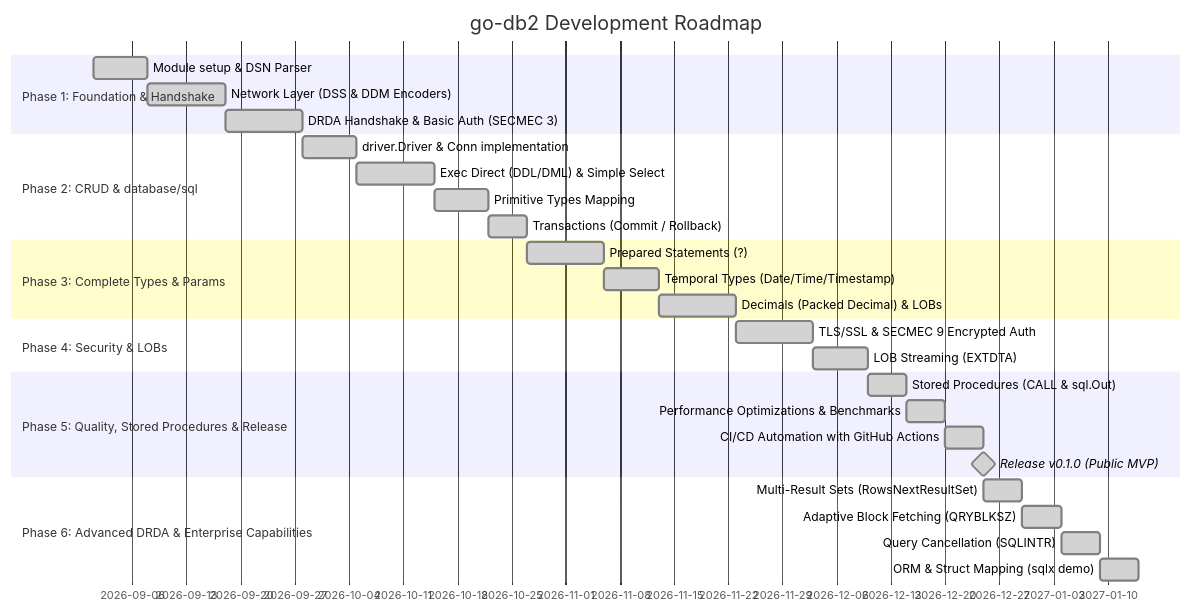
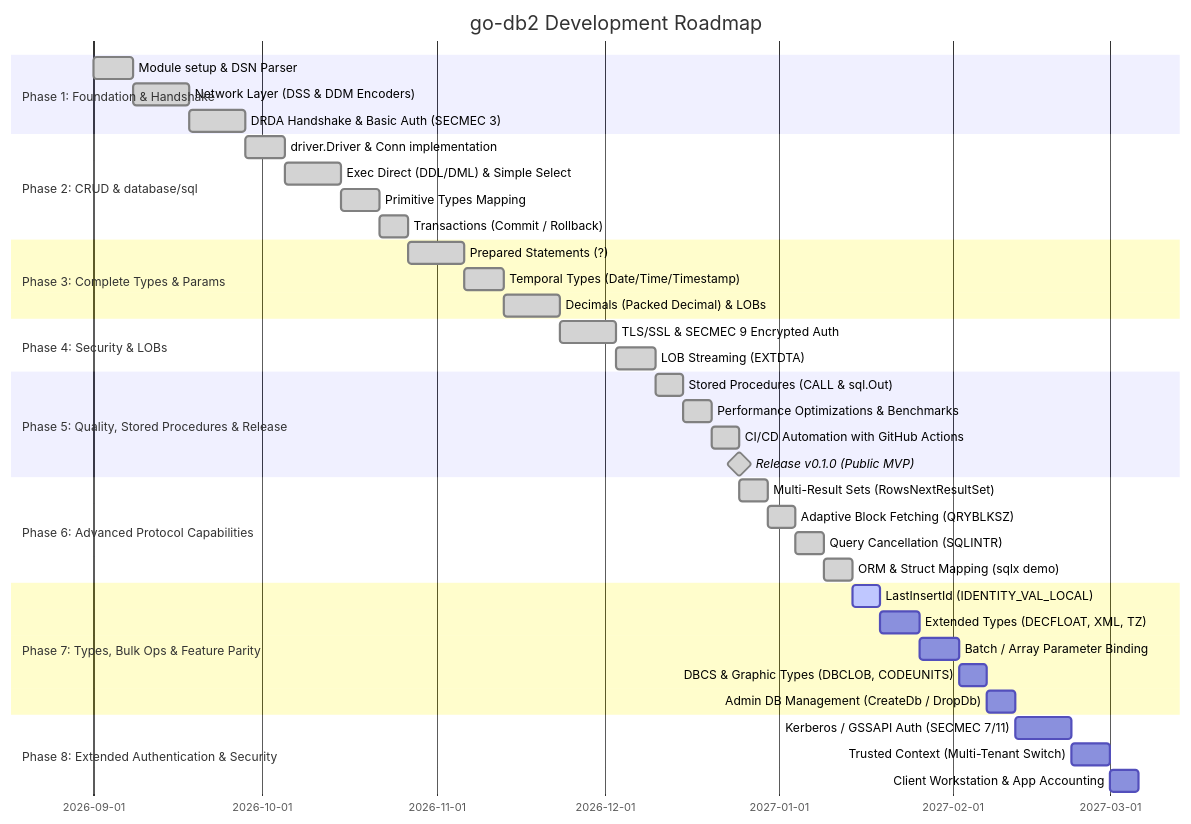
The diagram in PROJECT_PLAN.md (go-db2/go-db2), drawn with Mermaid before and after one commit. The commit also changed other lines of this file and 1 other file, not shown here.

Commit message:
docs: update project roadmap to include Phases 7 and 8 with detailed milestone analysis

````diff
--- a/PROJECT_PLAN.md
+++ b/PROJECT_PLAN.md
@@ -164,31 +164,41 @@
 ```mermaid
 gantt
     title go-db2 Development Roadmap
     dateFormat  YYYY-MM-DD
     section Phase 1: Foundation & Handshake
     Module setup & DSN Parser                :done, f1_1, 2026-09-01, 7d
     Network Layer (DSS & DDM Encoders)       :done, f1_2, after f1_1, 10d
     DRDA Handshake & Basic Auth (SECMEC 3)   :done, f1_3, after f1_2, 10d
     section Phase 2: CRUD & database/sql
     driver.Driver & Conn implementation      :done, f2_1, after f1_3, 7d
     Exec Direct (DDL/DML) & Simple Select    :done, f2_2, after f2_1, 10d
     Primitive Types Mapping                  :done, f2_3, after f2_2, 7d
     Transactions (Commit / Rollback)         :done, f2_4, after f2_3, 5d
     section Phase 3: Complete Types & Params
     Prepared Statements (?)                  :done, f3_1, after f2_4, 10d
     Temporal Types (Date/Time/Timestamp)     :done, f3_2, after f3_1, 7d
     Decimals (Packed Decimal) & LOBs         :done, f3_3, after f3_2, 10d
     section Phase 4: Security & LOBs
     TLS/SSL & SECMEC 9 Encrypted Auth        :done, f4_1, after f3_3, 10d
     LOB Streaming (EXTDTA)                   :done, f4_2, after f4_1, 7d
     section Phase 5: Quality, Stored Procedures & Release
     Stored Procedures (CALL & sql.Out)       :done, f5_1, after f4_2, 5d
     Performance Optimizations & Benchmarks   :done, f5_2, after f5_1, 5d
     CI/CD Automation with GitHub Actions     :done, f5_3, after f5_2, 5d
     Release v0.1.0 (Public MVP)              :done, milestone, after f5_3, 0d
-    section Phase 6: Advanced DRDA & Enterprise Capabilities
+    section Phase 6: Advanced Protocol Capabilities
     Multi-Result Sets (RowsNextResultSet)    :done, f6_1, after f5_3, 5d
     Adaptive Block Fetching (QRYBLKSZ)       :done, f6_2, after f6_1, 5d
     Query Cancellation (SQLINTR)             :done, f6_3, after f6_2, 5d
     ORM & Struct Mapping (sqlx demo)         :done, f6_4, after f6_3, 5d
+    section Phase 7: Types, Bulk Ops & Feature Parity
+    LastInsertId (IDENTITY_VAL_LOCAL)        :active, f7_1, after f6_4, 5d
+    Extended Types (DECFLOAT, XML, TZ)       :f7_2, after f7_1, 7d
+    Batch / Array Parameter Binding          :f7_3, after f7_2, 7d
+    DBCS & Graphic Types (DBCLOB, CODEUNITS) :f7_4, after f7_3, 5d
+    Admin DB Management (CreateDb / DropDb)  :f7_5, after f7_4, 5d
+    section Phase 8: Extended Authentication & Security
+    Kerberos / GSSAPI Auth (SECMEC 7/11)     :f8_1, after f7_5, 10d
+    Trusted Context (Multi-Tenant Switch)    :f8_2, after f8_1, 7d
+    Client Workstation & App Accounting      :f8_3, after f8_2, 5d
 ```
````
